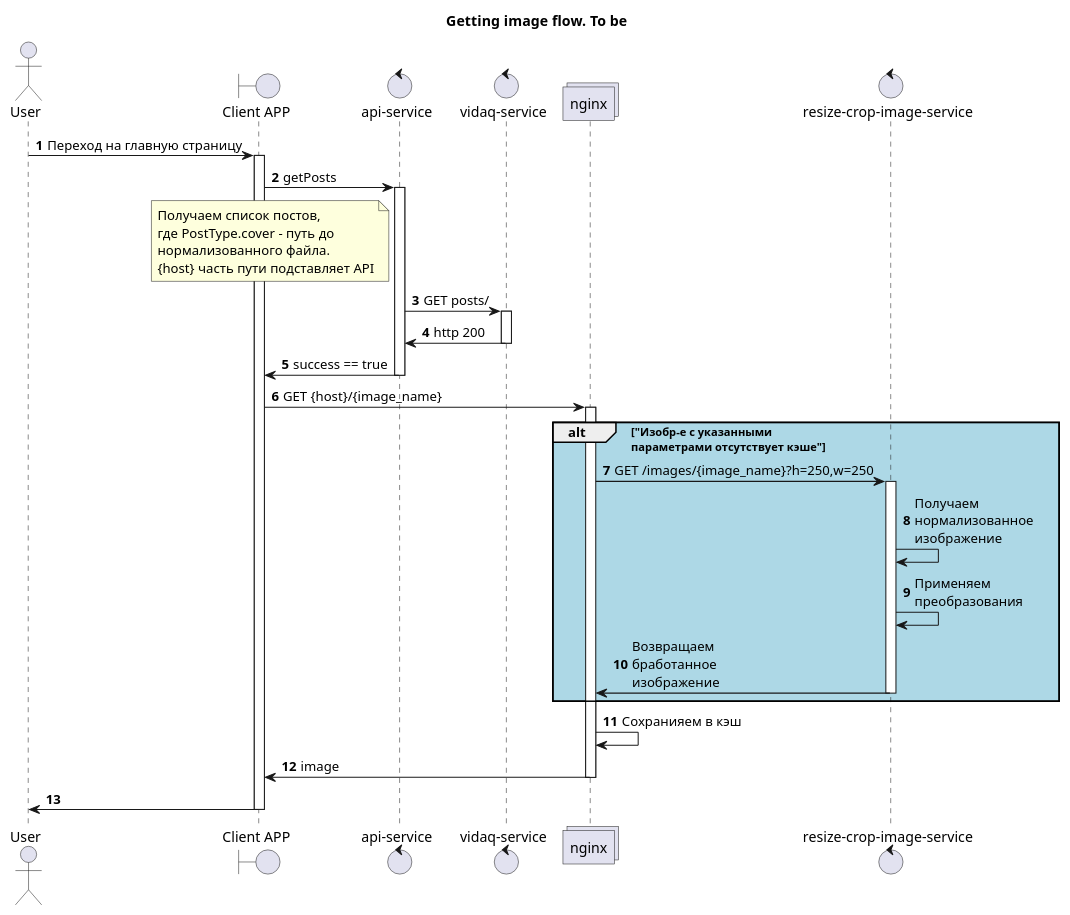
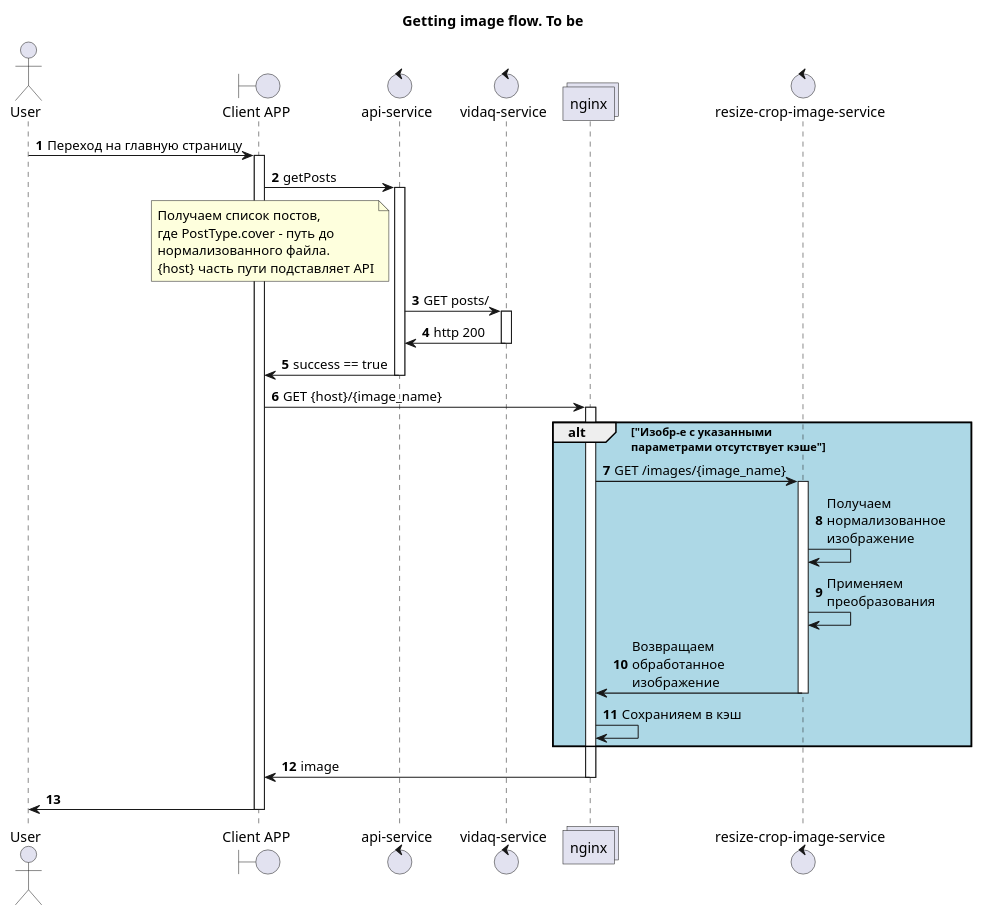
One commit to algruwork/work changed the diagram in schemas/get_image_with_resize_and_crop_on_fly.puml. Above: the diagram before and after it, drawn with PlantUML. The commit also changed 2 other files, not shown here.

```diff
--- a/schemas/get_image_with_resize_and_crop_on_fly.puml
+++ b/schemas/get_image_with_resize_and_crop_on_fly.puml
@@ -1,51 +1,52 @@
 @startuml
 'https://plantuml.com/sequence-diagram
 title "Getting image flow. To be"
 
 actor User as U
 boundary "Client APP" as GUI
 control "api-service" as AS
 control "vidaq-service" as V
 collections "nginx" as WS
 control "resize-crop-image-service" as IS
 
 
 autonumber
 
 U -> GUI: Переход на главную страницу
 activate GUI
 
 GUI -> AS: getPosts
 activate AS
 note left AS
 Получаем список постов,
 где PostType.cover - путь до
 нормализованного файла.
 {host} часть пути подставляет API
 end note
 AS -> V: GET posts/
 activate V
 V -> AS: http 200
 deactivate V
 AS -> GUI: success == true
 deactivate AS
 
 GUI -> WS: GET {host}/{image_name}
 activate WS
 alt #LightBlue "Изобр-е с указанными \nпараметрами отсутствует кэше"
-WS -> IS: GET /images/{image_name}?h=250,w=250
+WS -> IS: GET /images/{image_name}
 activate IS
 IS -> IS: Получаем \nнормализованное \nизображение
 IS -> IS: Применяем \nпреобразования
-IS -> WS: Возвращаем \nбработанное \nизображение
+IS -> WS: Возвращаем \nобработанное \nизображение
 deactivate IS
+WS -> WS: Сохранияем в кэш
 end alt
-WS -> WS: Сохранияем в кэш
+
 WS -> GUI: image
 deactivate WS
 
 
 GUI -> U:
 deactivate GUI
 
 @enduml
```
